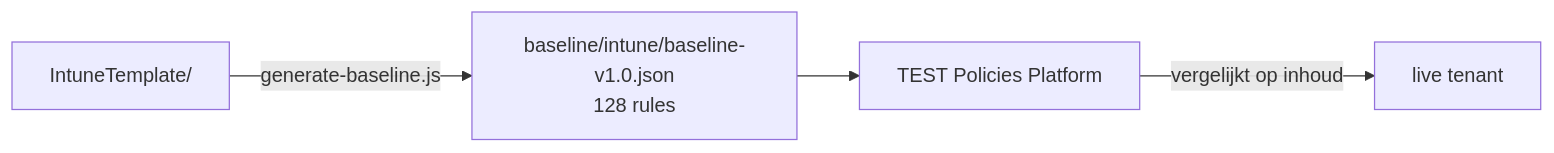
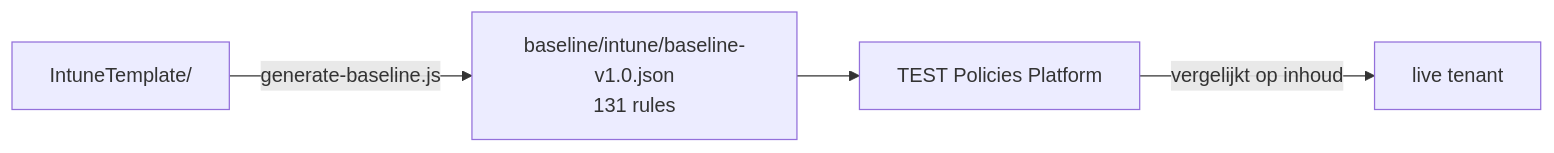
One commit to sjkanon/IntuneBackup changed the diagram in baseline/README.md. Above: the diagram before and after it, drawn with Mermaid. The commit also changed other lines of this file and 18 other files, not shown here.

````diff
--- a/baseline/README.md
+++ b/baseline/README.md
@@ -10,6 +10,6 @@
 ```mermaid
 flowchart LR
-  T["IntuneTemplate/"] -->|generate-baseline.js| B["baseline/intune/baseline-v1.0.json<br/>128 rules"]
+  T["IntuneTemplate/"] -->|generate-baseline.js| B["baseline/intune/baseline-v1.0.json<br/>131 rules"]
   B --> P["TEST Policies Platform"]
   P -->|vergelijkt op inhoud| TEN["live tenant"]
 ```
````
